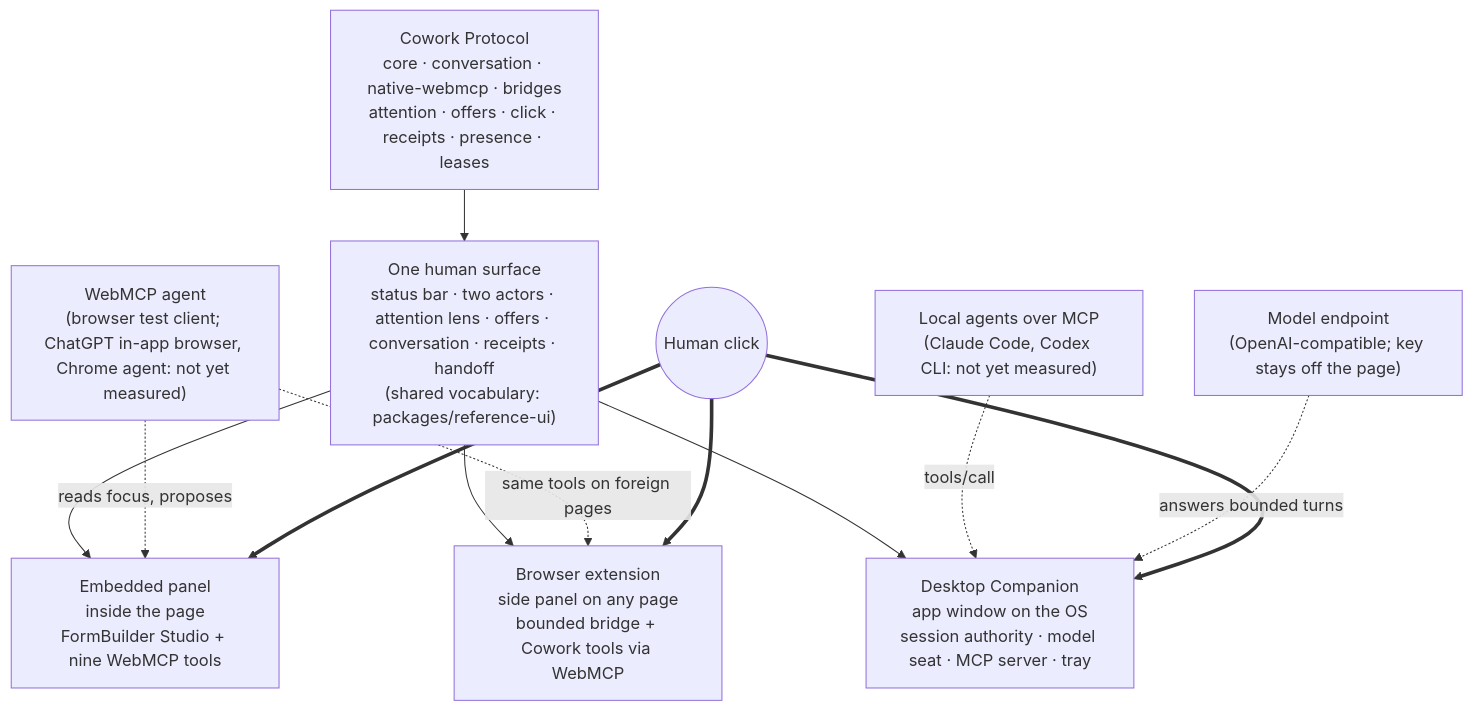
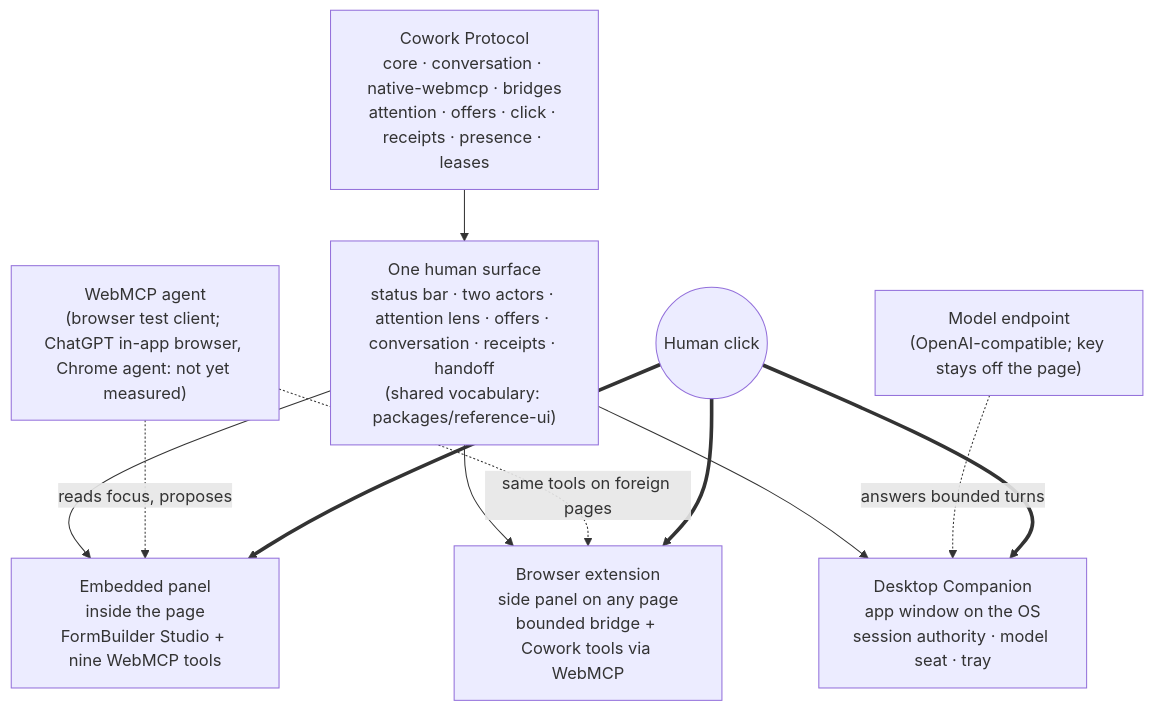
One commit to ellmos-ai/cowork-protocol changed the diagram in docs/hosts.md. Above: the diagram before and after it, drawn with Mermaid. The commit also changed other lines of this file and 1 other file, not shown here.

Commit message:
docs: drop the Companion MCP server, which is not on origin/main
The hosts diagram, the host table and step 8 of the assistant install
prompt all described a stdio MCP server and local agents calling the
Companion as a tool. apps/desktop-companion/src/mcp-server.js exists only
as untracked work in a working tree; nothing of it is published. A reader
following that prompt reaches a section that is not in the repository.

````diff
--- a/docs/hosts.md
+++ b/docs/hosts.md
@@ -8,16 +8,15 @@
 ```mermaid
 flowchart TB
   P["Cowork Protocol<br/>core · conversation · native-webmcp · bridges<br/>attention · offers · click · receipts · presence · leases"]
   S["One human surface<br/>status bar · two actors · attention lens · offers · conversation · receipts · handoff<br/>(shared vocabulary: packages/reference-ui)"]
   P --> S
   S --> E["Embedded panel<br/>inside the page<br/>FormBuilder Studio + nine WebMCP tools"]
   S --> X["Browser extension<br/>side panel on any page<br/>bounded bridge + Cowork tools via WebMCP"]
-  S --> D["Desktop Companion<br/>app window on the OS<br/>session authority · model seat · MCP server · tray"]
+  S --> D["Desktop Companion<br/>app window on the OS<br/>session authority · model seat · tray"]
   A1["WebMCP agent<br/>(browser test client; ChatGPT in-app browser, Chrome agent: not yet measured)"] -. reads focus, proposes .-> E
   A1 -. same tools on foreign pages .-> X
-  A2["Local agents over MCP<br/>(Claude Code, Codex CLI: not yet measured)"] -. tools/call .-> D
   M["Model endpoint<br/>(OpenAI-compatible; key stays off the page)"] -. answers bounded turns .-> D
   H(("Human click")) ==> E
   H ==> X
   H ==> D
 ```
````
